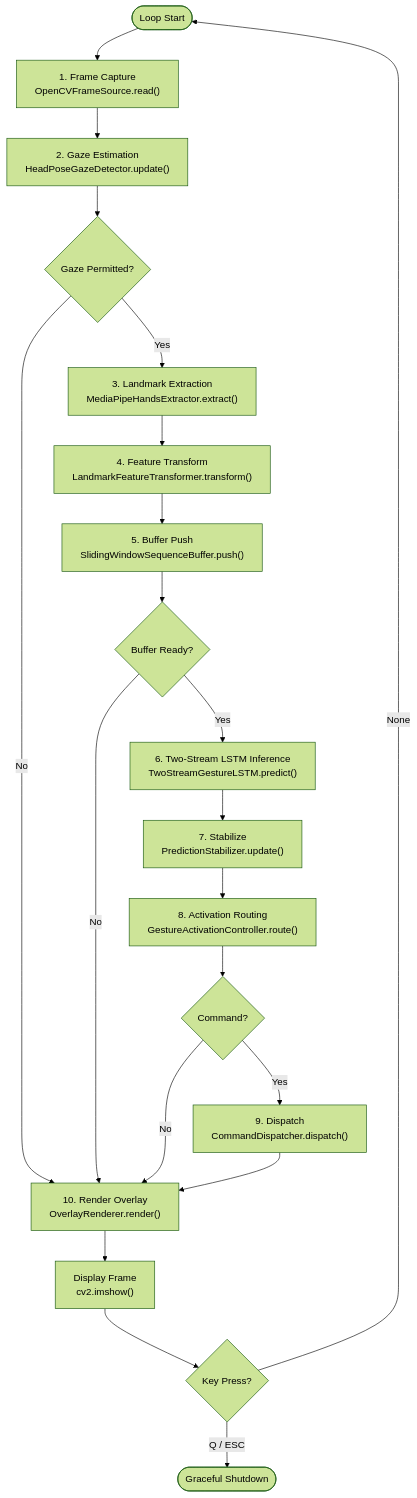
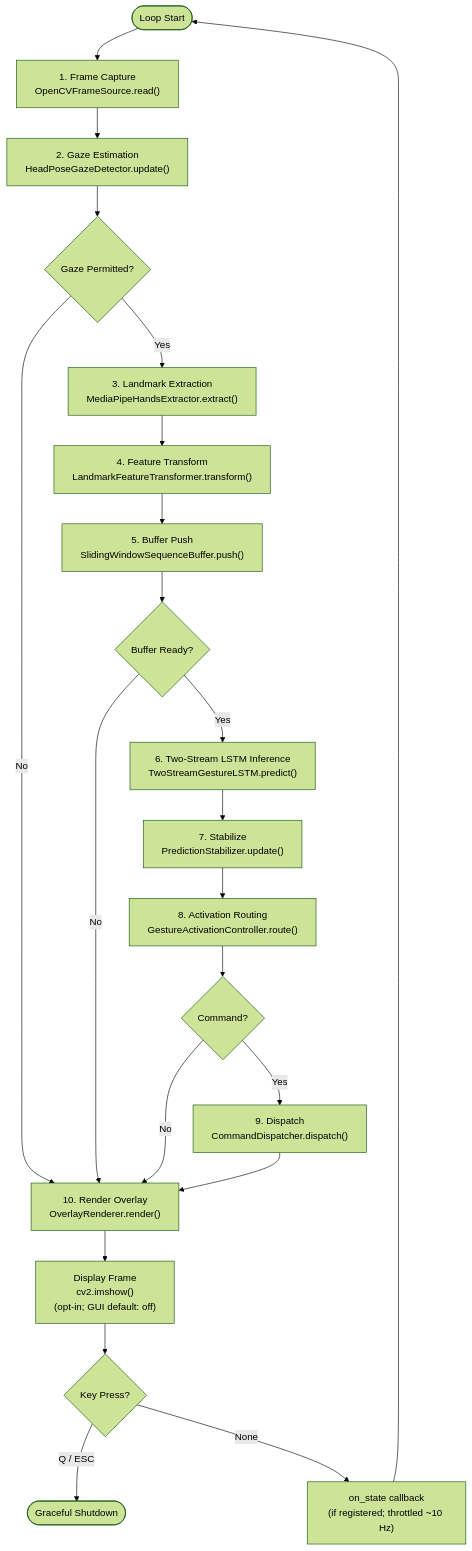
The first of 6 diagrams in docs/architecture/process-view.md (ntsrigaud/Maestro), drawn with Mermaid (forest theme) before and after one commit. The commit also changed other lines of this file, not shown here.

First line of the commit message:
docs(ui): document dual-thread GUI execution model in process view

````diff
--- a/docs/architecture/process-view.md
+++ b/docs/architecture/process-view.md
@@ -21,23 +36,24 @@
 ```mermaid
 graph TD
     Start([Loop Start]) --> Capture["1. Frame Capture<br/>OpenCVFrameSource.read()"]
     Capture --> Gaze["2. Gaze Estimation<br/>HeadPoseGazeDetector.update()"]
     Gaze --> GazeOk{Gaze Permitted?}
     GazeOk -->|No| Render
     GazeOk -->|Yes| Extract["3. Landmark Extraction<br/>MediaPipeHandsExtractor.extract()"]
     Extract --> Transform["4. Feature Transform<br/>LandmarkFeatureTransformer.transform()"]
     Transform --> Buffer["5. Buffer Push<br/>SlidingWindowSequenceBuffer.push()"]
     Buffer --> Ready{Buffer Ready?}
     Ready -->|No| Render
     Ready -->|Yes| Infer["6. Two-Stream LSTM Inference<br/>TwoStreamGestureLSTM.predict()"]
     Infer --> Stabilize["7. Stabilize<br/>PredictionStabilizer.update()"]
     Stabilize --> Activate["8. Activation Routing<br/>GestureActivationController.route()"]
     Activate --> HasCmd{Command?}
     HasCmd -->|Yes| Dispatch["9. Dispatch<br/>CommandDispatcher.dispatch()"]
     HasCmd -->|No| Render
     Dispatch --> Render["10. Render Overlay<br/>OverlayRenderer.render()"]
-    Render --> Display["Display Frame<br/>cv2.imshow()"]
+    Render --> Display["Display Frame<br/>cv2.imshow()<br/>(opt-in; GUI default: off)"]
     Display --> KeyCheck{Key Press?}
     KeyCheck -->|Q / ESC| Shutdown([Graceful Shutdown])
-    KeyCheck -->|None| Start
+    KeyCheck -->|None| Callback["on_state callback<br/>(if registered; throttled ~10 Hz)"]
+    Callback --> Start
 ```
````
